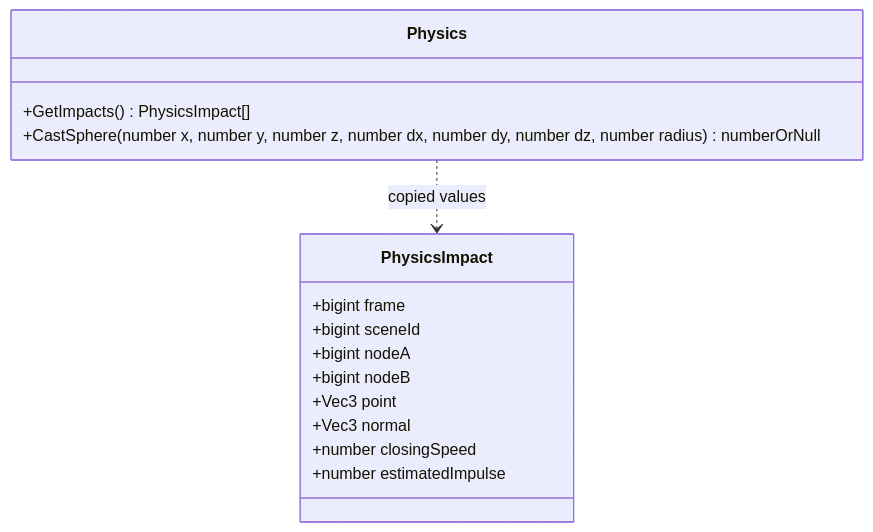
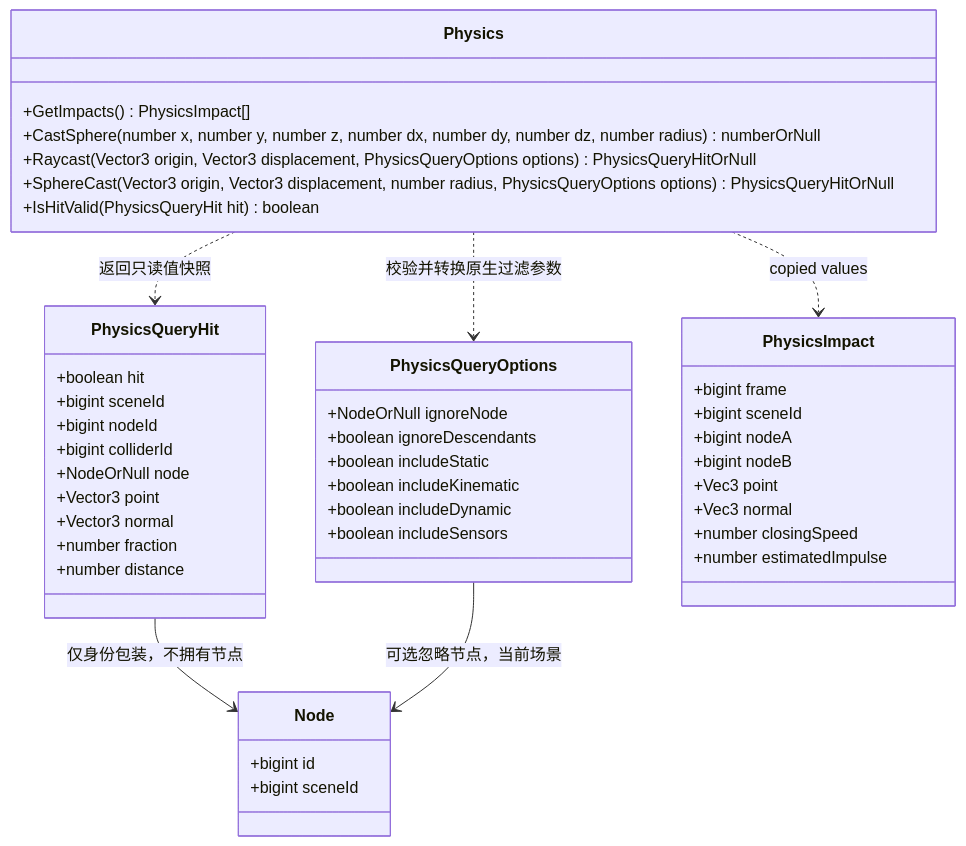
The fourth of 4 diagrams in docs/plugins/runtime/class-diagrams/physics-audio-script-api.md (lcals/Engine), drawn with Mermaid before and after one commit. The commit also changed other lines of this file and 60 other files, not shown here.

First line of the commit message:
Add camera rays, physics hit queries and showcase shooting range

````diff
--- a/docs/plugins/runtime/class-diagrams/physics-audio-script-api.md
+++ b/docs/plugins/runtime/class-diagrams/physics-audio-script-api.md
@@ -82,18 +82,48 @@
 ```mermaid
 classDiagram
 class Physics {
     +GetImpacts() PhysicsImpact[]
     +CastSphere(number x, number y, number z, number dx, number dy, number dz, number radius) numberOrNull
+    +Raycast(Vector3 origin, Vector3 displacement, PhysicsQueryOptions options) PhysicsQueryHitOrNull
+    +SphereCast(Vector3 origin, Vector3 displacement, number radius, PhysicsQueryOptions options) PhysicsQueryHitOrNull
+    +IsHitValid(PhysicsQueryHit hit) boolean
+}
+class PhysicsQueryOptions {
+    +NodeOrNull ignoreNode
+    +boolean ignoreDescendants
+    +boolean includeStatic
+    +boolean includeKinematic
+    +boolean includeDynamic
+    +boolean includeSensors
+}
+class PhysicsQueryHit {
+    +boolean hit
+    +bigint sceneId
+    +bigint nodeId
+    +bigint colliderId
+    +NodeOrNull node
+    +Vector3 point
+    +Vector3 normal
+    +number fraction
+    +number distance
+}
+class Node {
+    +bigint id
+    +bigint sceneId
 }
 class PhysicsImpact {
     +bigint frame
     +bigint sceneId
     +bigint nodeA
     +bigint nodeB
     +Vec3 point
     +Vec3 normal
     +number closingSpeed
     +number estimatedImpulse
 }
 Physics ..> PhysicsImpact : copied values
+Physics ..> PhysicsQueryOptions : 校验并转换原生过滤参数
+Physics ..> PhysicsQueryHit : 返回只读值快照
+PhysicsQueryHit --> Node : 仅身份包装，不拥有节点
+PhysicsQueryOptions --> Node : 可选忽略节点，当前场景
 ```
````
